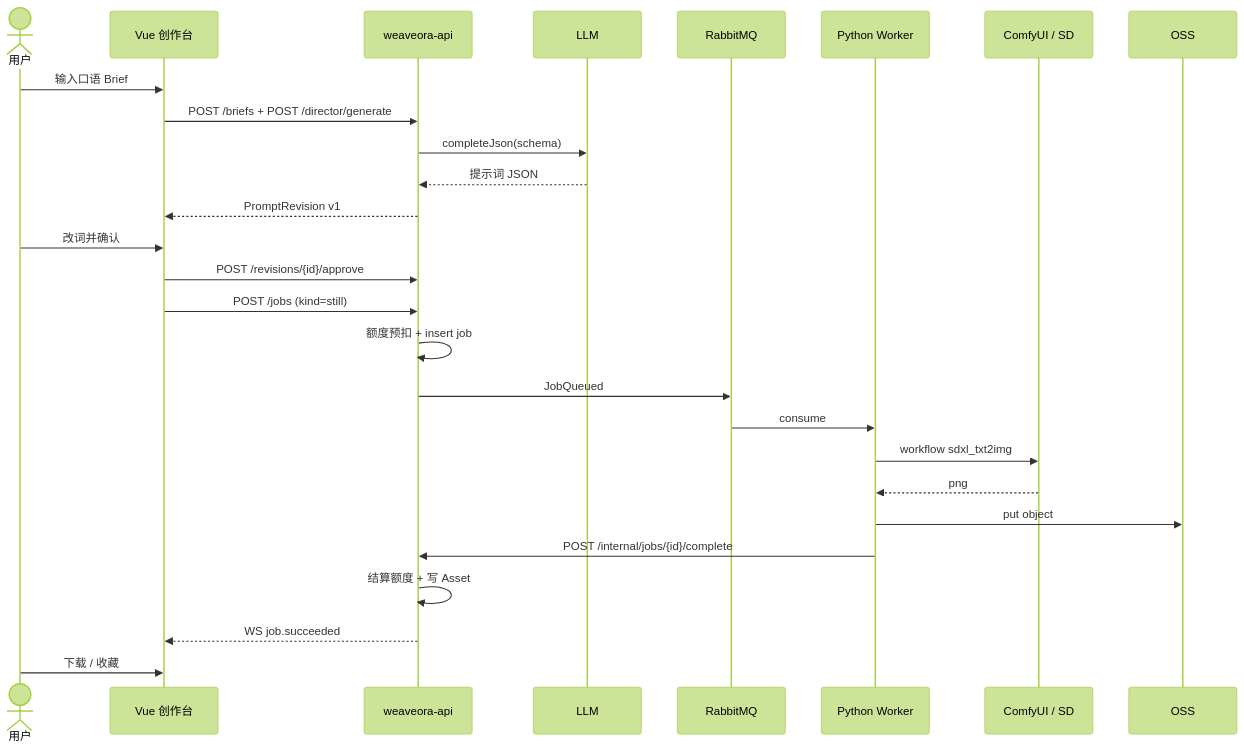
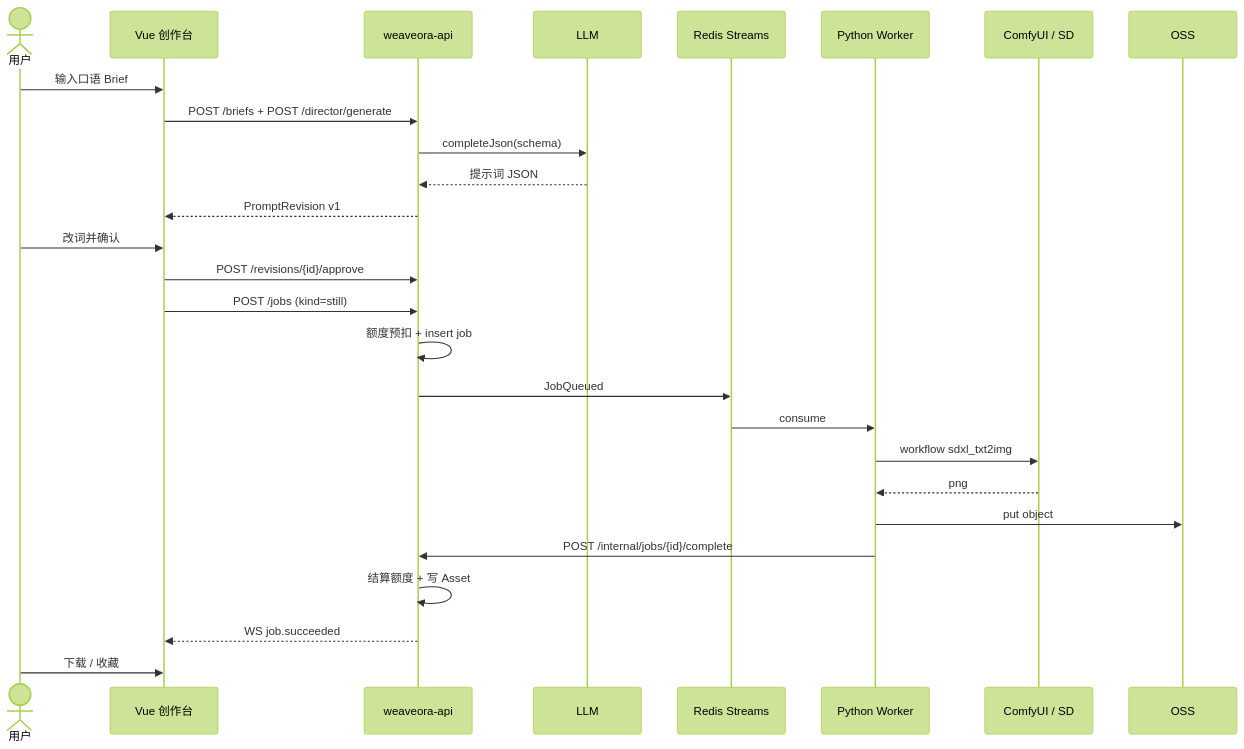
The first of 5 diagrams in Weaveora.md (sysou-com/Weaveora), drawn with Mermaid (forest theme) before and after one commit. The commit also changed other lines of this file, not shown here.

Commit message:
docs: Weaveora.md v1.3 — apply 7 confirmed rulings (Redis Streams, no Nacos/GW/Sentinel, Boot 3.4.5, local/OSS storage, simplified billing, single-dev milestones)

````diff
--- a/Weaveora.md
+++ b/Weaveora.md
@@ -213,30 +215,30 @@
 ```mermaid
 sequenceDiagram
   actor U as 用户
   participant W as Vue 创作台
   participant A as weaveora-api
   participant L as LLM
-  participant Q as RabbitMQ
+  participant Q as Redis Streams
   participant P as Python Worker
   participant S as ComfyUI / SD
   participant O as OSS
 
   U->>W: 输入口语 Brief
   W->>A: POST /briefs + POST /director/generate
   A->>L: completeJson(schema)
   L-->>A: 提示词 JSON
   A-->>W: PromptRevision v1
   U->>W: 改词并确认
   W->>A: POST /revisions/{id}/approve
   W->>A: POST /jobs (kind=still)
   A->>A: 额度预扣 + insert job
   A->>Q: JobQueued
   Q->>P: consume
   P->>S: workflow sdxl_txt2img
   S-->>P: png
   P->>O: put object
   P->>A: POST /internal/jobs/{id}/complete
   A->>A: 结算额度 + 写 Asset
   A-->>W: WS job.succeeded
   U->>W: 下载 / 收藏
 ```
````
